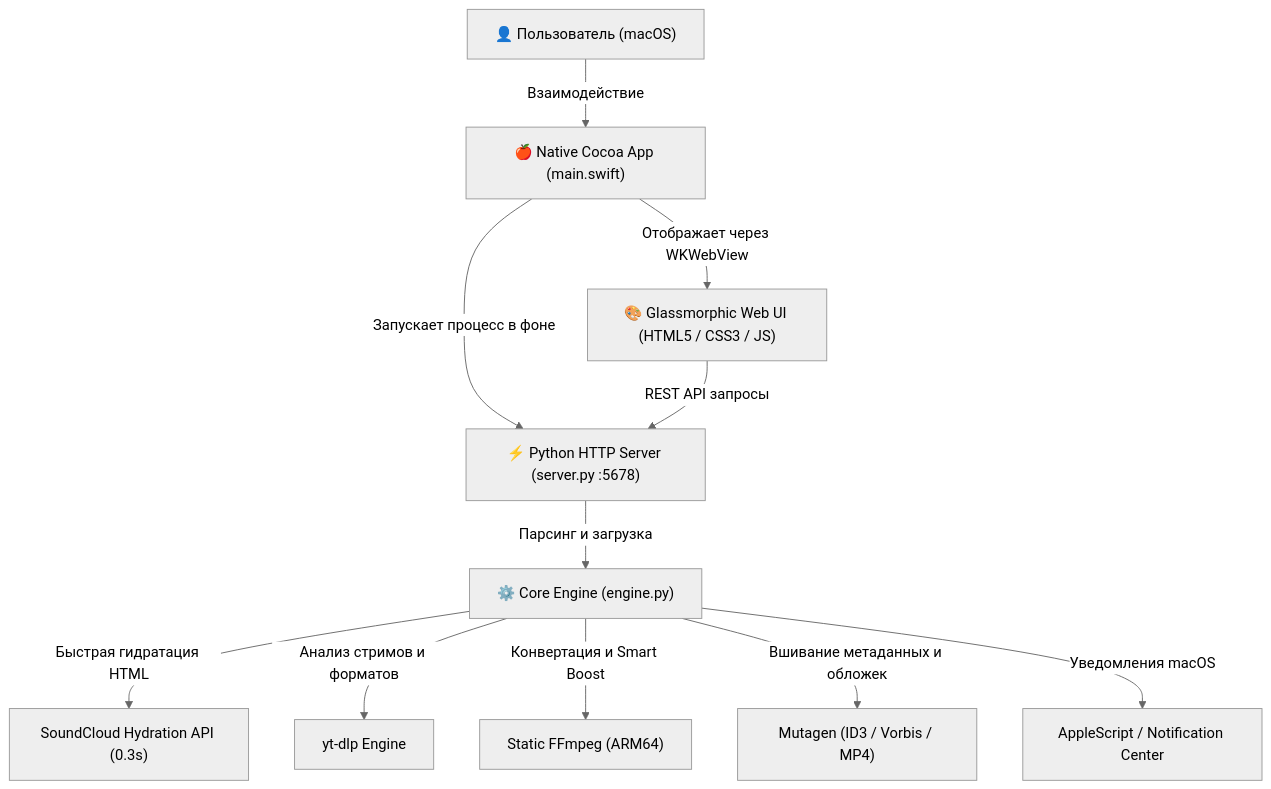
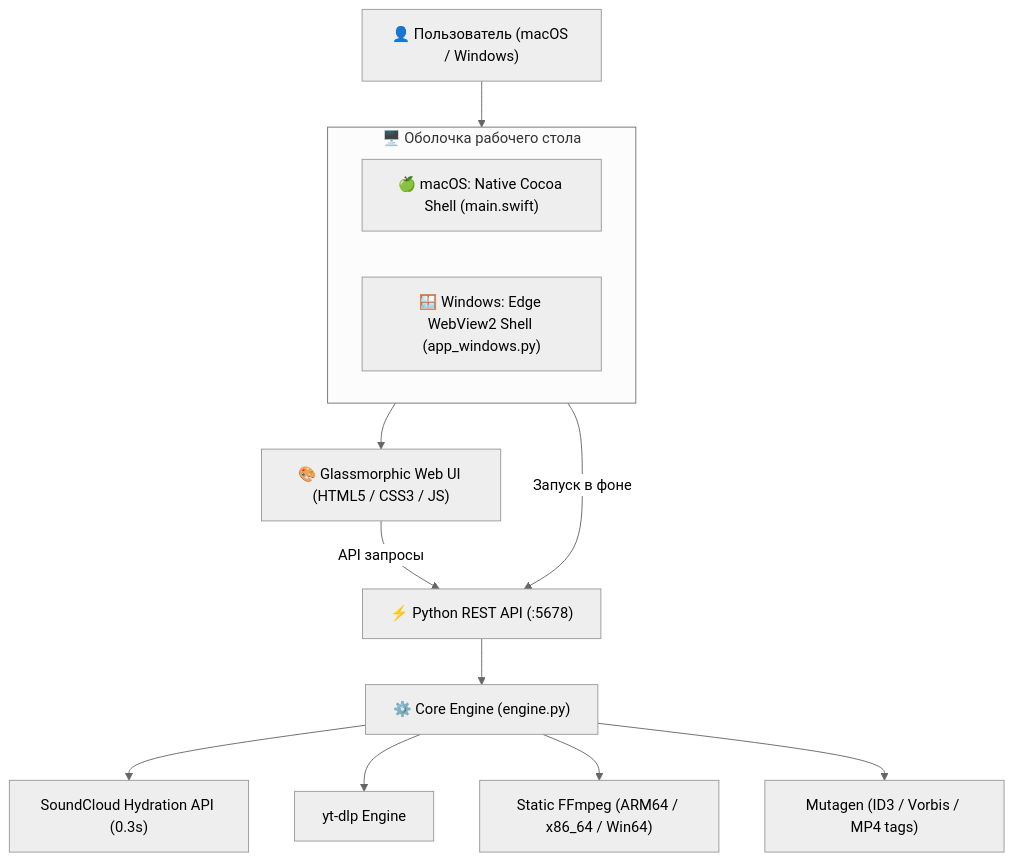
One commit to Giba8524/SoundD changed the diagram in README.md. Above: the diagram before and after it, drawn with Mermaid (neutral theme). The commit also changed other lines of this file and 6 other files, not shown here.

Commit message:
feat: Add full Windows support, native Edge WebView2 runner, icon.ico and launcher

````diff
--- a/README.md
+++ b/README.md
@@ -115,13 +132,16 @@
 ```mermaid
 graph TD
-    User["👤 Пользователь (macOS)"] -->|Взаимодействие| SwiftApp["🍎 Native Cocoa App (main.swift)"]
-    SwiftApp -->|Отображает через WKWebView| WebUI["🎨 Glassmorphic Web UI (HTML5 / CSS3 / JS)"]
-    SwiftApp -->|Запускает процесс в фоне| PyServer["⚡ Python HTTP Server (server.py :5678)"]
-    WebUI -->|REST API запросы| PyServer
-    PyServer -->|Парсинг и загрузка| Engine["⚙️ Core Engine (engine.py)"]
-    Engine -->|Быстрая гидратация HTML| SCHydration["SoundCloud Hydration API (0.3s)"]
-    Engine -->|Анализ стримов и форматов| YTDLP["yt-dlp Engine"]
-    Engine -->|Конвертация и Smart Boost| FFmpeg["Static FFmpeg (ARM64)"]
-    Engine -->|Вшивание метаданных и обложек| Mutagen["Mutagen (ID3 / Vorbis / MP4)"]
-    Engine -->|Уведомления macOS| Osascript["AppleScript / Notification Center"]
+    User["👤 Пользователь (macOS / Windows)"] --> UIBridge
+    subgraph UIBridge ["🖥️ Оболочка рабочего стола"]
+        SwiftApp["🍏 macOS: Native Cocoa Shell (main.swift)"]
+        WinApp["🪟 Windows: Edge WebView2 Shell (app_windows.py)"]
+    end
+    UIBridge --> WebUI["🎨 Glassmorphic Web UI (HTML5 / CSS3 / JS)"]
+    UIBridge -->|Запуск в фоне| PyServer["⚡ Python REST API (:5678)"]
+    WebUI -->|API запросы| PyServer
+    PyServer --> Engine["⚙️ Core Engine (engine.py)"]
+    Engine --> SCHydration["SoundCloud Hydration API (0.3s)"]
+    Engine --> YTDLP["yt-dlp Engine"]
+    Engine --> FFmpeg["Static FFmpeg (ARM64 / x86_64 / Win64)"]
+    Engine --> Mutagen["Mutagen (ID3 / Vorbis / MP4 tags)"]
 ```
````
